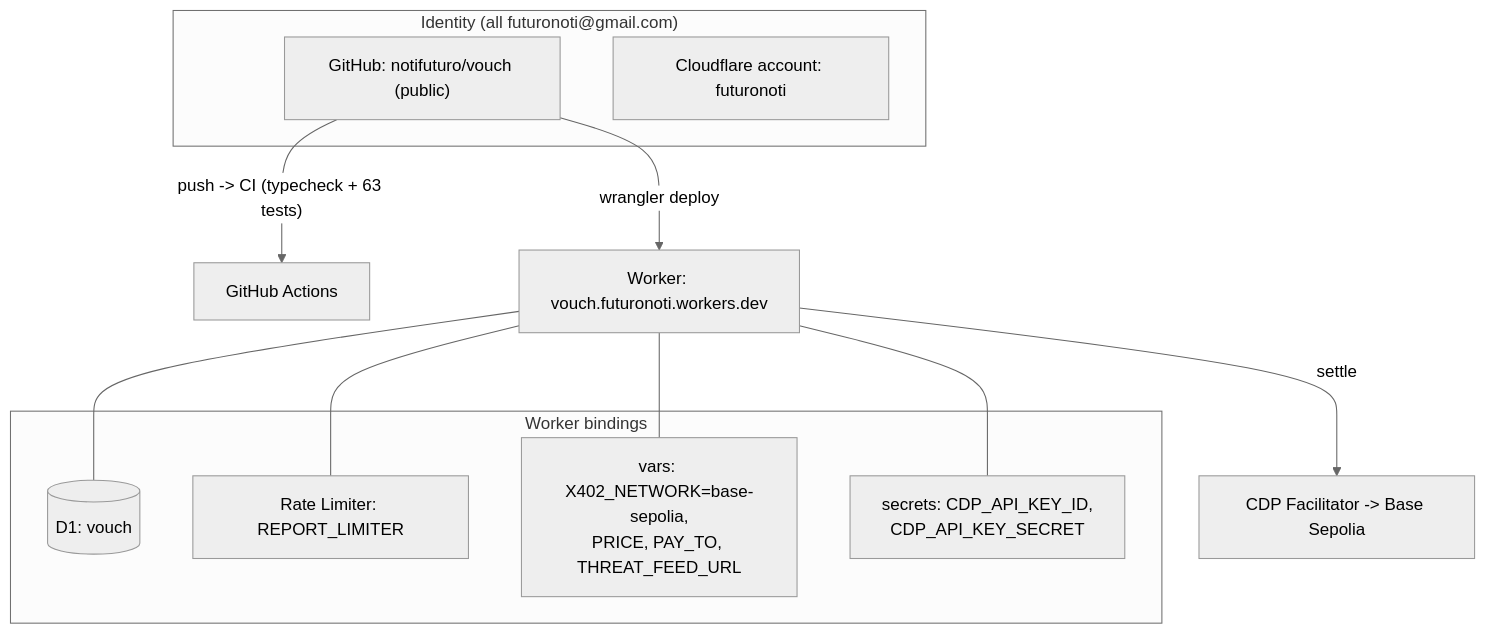
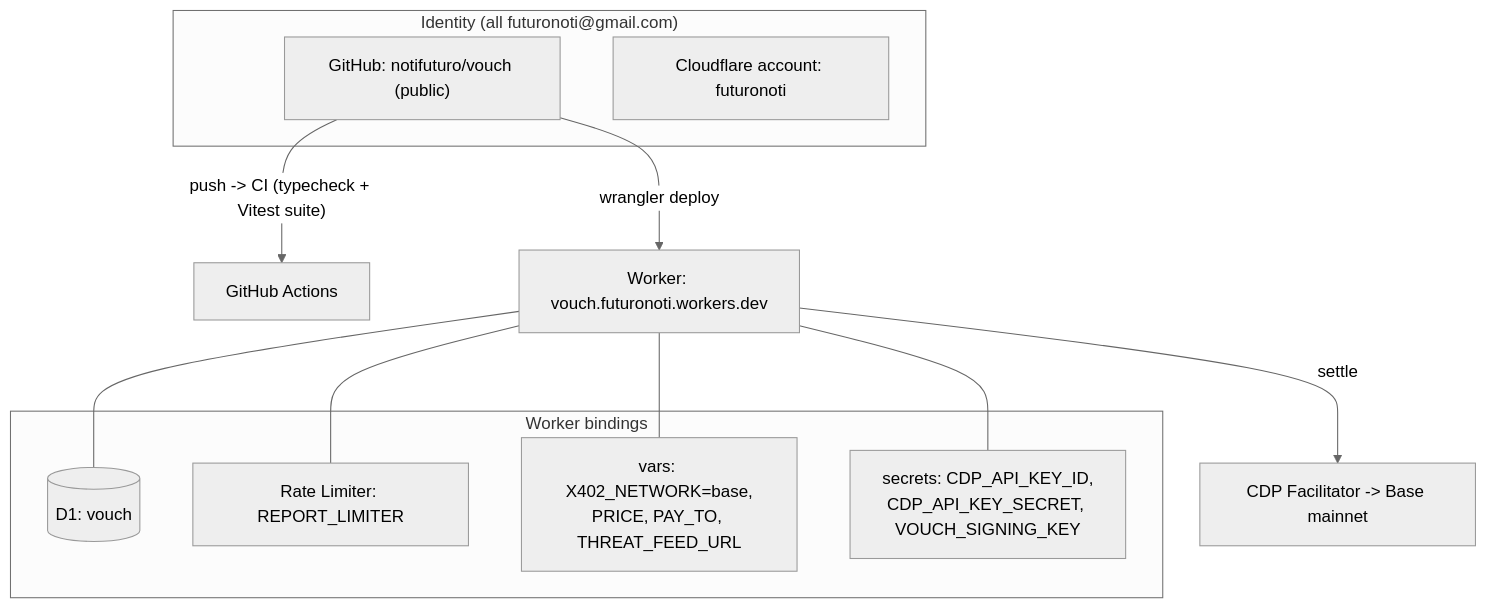
Before and after one commit to notifuturo/vouch: the seventh of 10 diagrams in docs/DIAGRAMS.md, drawn with Mermaid (neutral theme). The commit also changed other lines of this file and 8 other files, not shown here.

````diff
--- a/docs/DIAGRAMS.md
+++ b/docs/DIAGRAMS.md
@@ -198,23 +205,23 @@
 ```mermaid
 flowchart TB
     subgraph ID["Identity (all futuronoti@gmail.com)"]
       GH["GitHub: notifuturo/vouch (public)"]
       CFACC["Cloudflare account: futuronoti"]
     end
 
-    GH -->|"push -> CI (typecheck + 63 tests)"| CI["GitHub Actions"]
+    GH -->|"push -> CI (typecheck + Vitest suite)"| CI["GitHub Actions"]
     GH -->|"wrangler deploy"| WK["Worker: vouch.futuronoti.workers.dev"]
 
     subgraph BIND["Worker bindings"]
       D1B[("D1: vouch")]
       RLB["Rate Limiter: REPORT_LIMITER"]
-      VARS["vars: X402_NETWORK=base-sepolia,<br/>PRICE, PAY_TO, THREAT_FEED_URL"]
-      SECRETS["secrets: CDP_API_KEY_ID,<br/>CDP_API_KEY_SECRET"]
+      VARS["vars: X402_NETWORK=base,<br/>PRICE, PAY_TO, THREAT_FEED_URL"]
+      SECRETS["secrets: CDP_API_KEY_ID,<br/>CDP_API_KEY_SECRET, VOUCH_SIGNING_KEY"]
     end
 
     WK --- D1B
     WK --- RLB
     WK --- VARS
     WK --- SECRETS
-    WK -->|"settle"| CDP["CDP Facilitator -> Base Sepolia"]
+    WK -->|"settle"| CDP["CDP Facilitator -> Base mainnet"]
 ```
````
